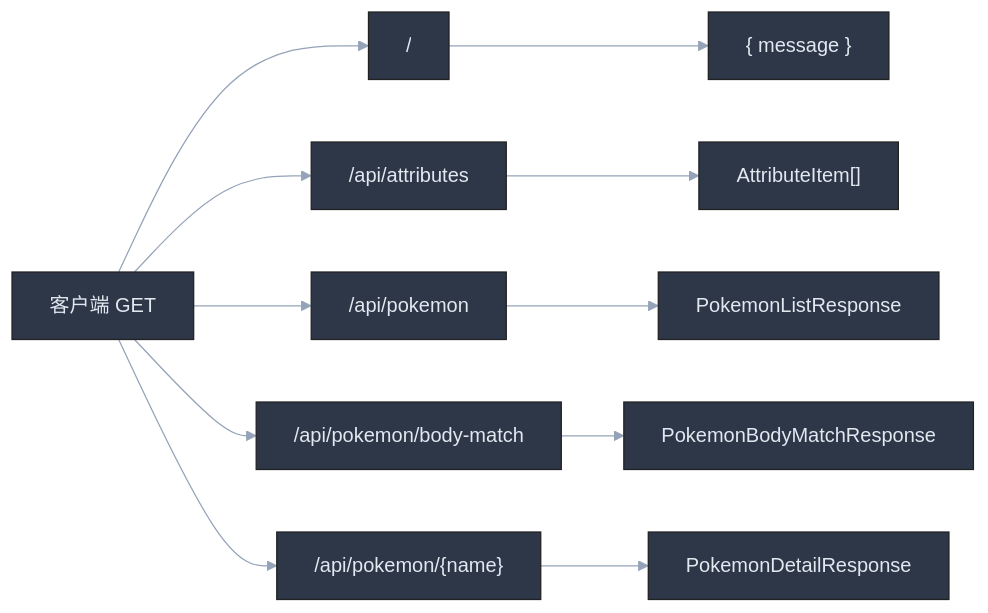
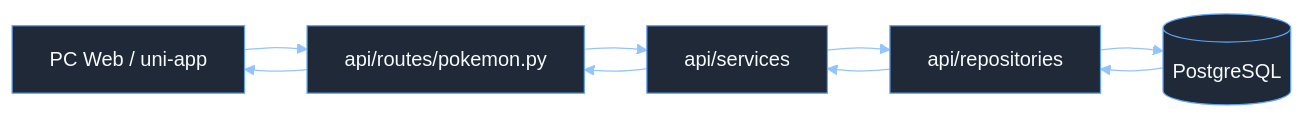
Before and after one commit to woshiyaba/gulu-gui: the diagram in docs/api/接口文档.md, drawn with Mermaid. The commit also changed other lines of this file and 1 other file, not shown here.

````diff
--- a/docs/api/接口文档.md
+++ b/docs/api/接口文档.md
@@ -193,15 +26,17 @@
 ```mermaid
-%%{init: {'theme':'base', 'themeVariables': { 'primaryColor':'#2d3748', 'primaryTextColor':'#e2e8f0', 'lineColor':'#94a3b8', 'secondaryColor':'#1a202c', 'tertiaryColor':'#4a5568'}}}%%
+%%{init: {"theme": "base", "themeVariables": {"background": "#111827", "primaryColor": "#1f2937", "primaryTextColor": "#f9fafb", "primaryBorderColor": "#60a5fa", "lineColor": "#93c5fd", "secondaryColor": "#172554", "tertiaryColor": "#0f172a"}}}%%
 flowchart LR
-  C[客户端 GET]
-  C --> R1["/"]
-  C --> R2["/api/attributes"]
-  C --> R3["/api/pokemon"]
-  C --> R4["/api/pokemon/body-match"]
-  C --> R5["/api/pokemon/{name}"]
-  R1 --> M1["{ message }"]
-  R2 --> M2["AttributeItem[]"]
-  R3 --> M3["PokemonListResponse"]
-  R4 --> M4["PokemonBodyMatchResponse"]
-  R5 --> M5["PokemonDetailResponse"]
+  client["PC Web / uni-app"]
+  route["api/routes/pokemon.py"]
+  service["api/services"]
+  repo["api/repositories"]
+  db[("PostgreSQL")]
+  client --> route
+  route --> service
+  service --> repo
+  repo --> db
+  db --> repo
+  repo --> service
+  service --> route
+  route --> client
 ```
````
